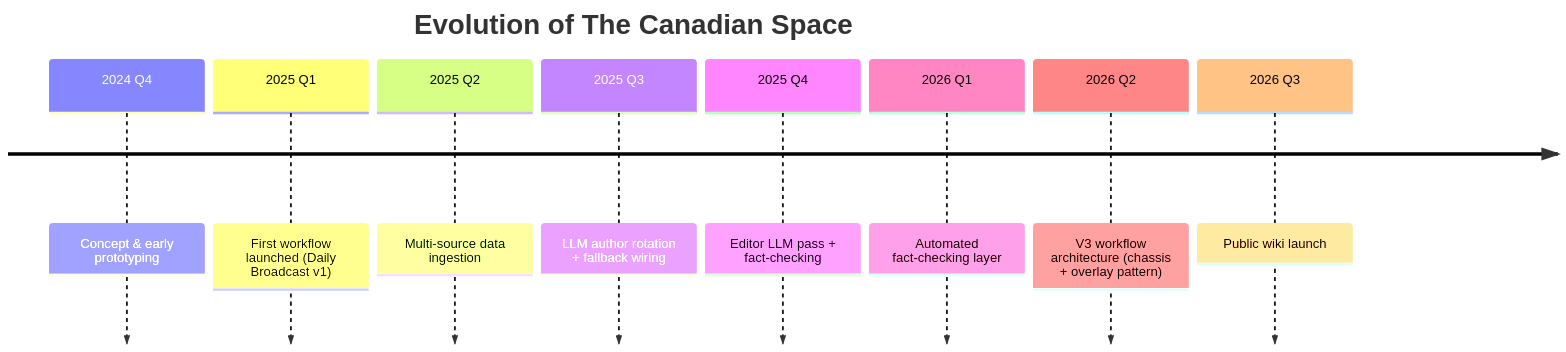
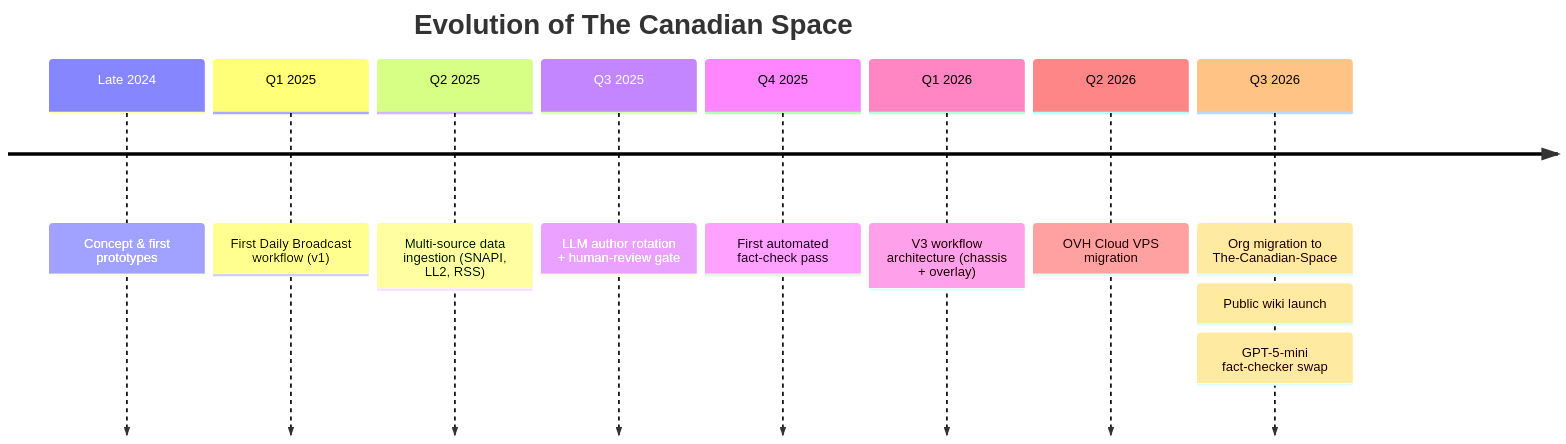
Before and after one commit to The-Canadian-Space/tcs-public-wiki: the diagram in docs/evolution/timeline.md, drawn with Mermaid. The commit also changed other lines of this file and 6 other files, not shown here.

````diff
--- a/docs/evolution/timeline.md
+++ b/docs/evolution/timeline.md
@@ -9,12 +9,12 @@
 ```mermaid
 timeline
     title Evolution of The Canadian Space
-    2024 Q4 : Concept & early prototyping
-    2025 Q1 : First workflow launched (Daily Broadcast v1)
-    2025 Q2 : Multi-source data ingestion
-    2025 Q3 : LLM author rotation + fallback wiring
-    2025 Q4 : Editor LLM pass + fact-checking
-    2026 Q1 : Automated fact-checking layer
-    2026 Q2 : V3 workflow architecture (chassis + overlay pattern)
-    2026 Q3 : Public wiki launch
+    Late 2024 : Concept & first prototypes
+    Q1 2025   : First Daily Broadcast workflow (v1)
+    Q2 2025   : Multi-source data ingestion (SNAPI, LL2, RSS)
+    Q3 2025   : LLM author rotation + human-review gate
+    Q4 2025   : First automated fact-check pass
+    Q1 2026   : V3 workflow architecture (chassis + overlay)
+    Q2 2026   : OVH Cloud VPS migration
+    Q3 2026   : Org migration to The-Canadian-Space : Public wiki launch : GPT-5-mini fact-checker swap
 ```
````
